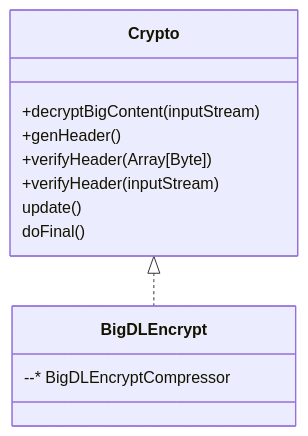
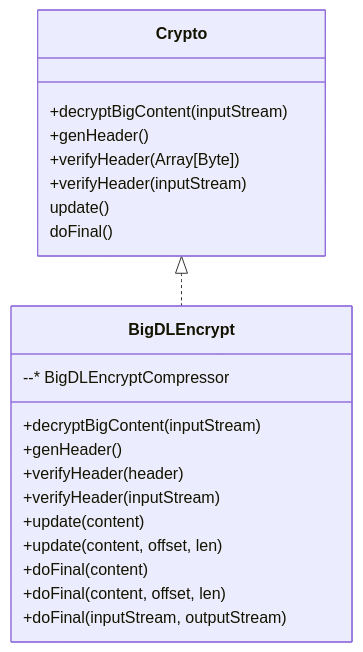
The diagram in scala/ppml/src/main/scala/com/intel/analytics/bigdl/ppml/crypto/README.md (intel-analytics/ipex-llm), drawn with Mermaid before and after one commit.

````diff
--- a/scala/ppml/src/main/scala/com/intel/analytics/bigdl/ppml/crypto/README.md
+++ b/scala/ppml/src/main/scala/com/intel/analytics/bigdl/ppml/crypto/README.md
@@ -1,17 +1,27 @@
 ```mermaid
 classDiagram
 
     Crypto <|.. BigDLEncrypt
     Crypto: +decryptBigContent(inputStream)
     Crypto: +genHeader()
     Crypto: +verifyHeader(Array[Byte])
     Crypto: +verifyHeader(inputStream)
     Crypto: update()
     Crypto: doFinal()
 
     BigDLEncrypt: --* BigDLEncryptCompressor
+    BigDLEncrypt: +decryptBigContent(inputStream)
+    BigDLEncrypt: +genHeader()
+    BigDLEncrypt: +verifyHeader(header)
+    BigDLEncrypt: +verifyHeader(inputStream)
+    BigDLEncrypt: +update(content)
+    BigDLEncrypt: +update(content, offset, len)
+    BigDLEncrypt: +doFinal(content)
+    BigDLEncrypt: +doFinal(content, offset, len)
+    BigDLEncrypt: +doFinal(inputStream, outputStream)
+
 
 
 
 
 ```
````
